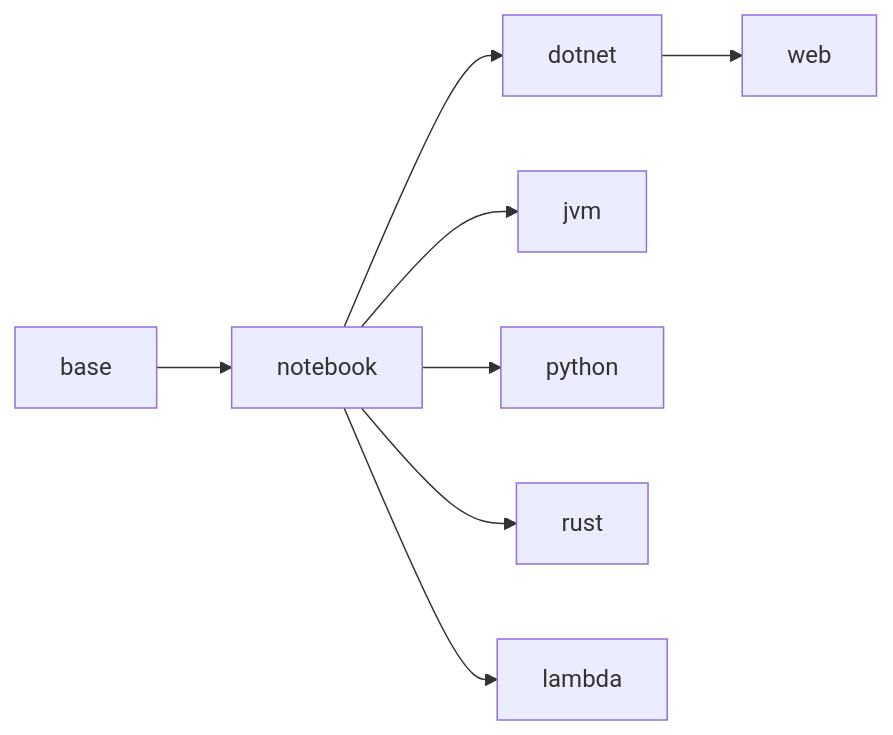
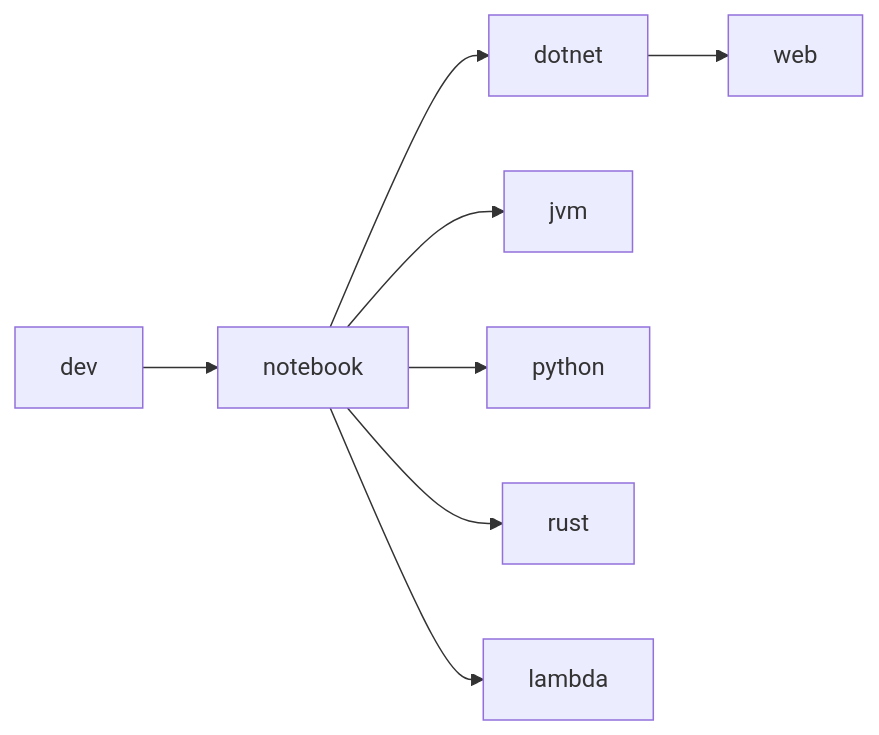
Before and after one commit to jhwohlgemuth/my-virtual-machine-setup: the diagram in dev-with-containers/README.md, drawn with Mermaid. The commit also changed other lines of this file and 9 other files, not shown here.

Commit message:
feat: Rename base -> dev

````diff
--- a/dev-with-containers/README.md
+++ b/dev-with-containers/README.md
@@ -62,10 +62,10 @@
 ```mermaid
 graph LR
-    base --> notebook
+    dev --> notebook
     notebook --> dotnet
     notebook --> jvm
     notebook --> python
     notebook --> rust
     notebook --> lambda
     dotnet --> web
 ```
````
